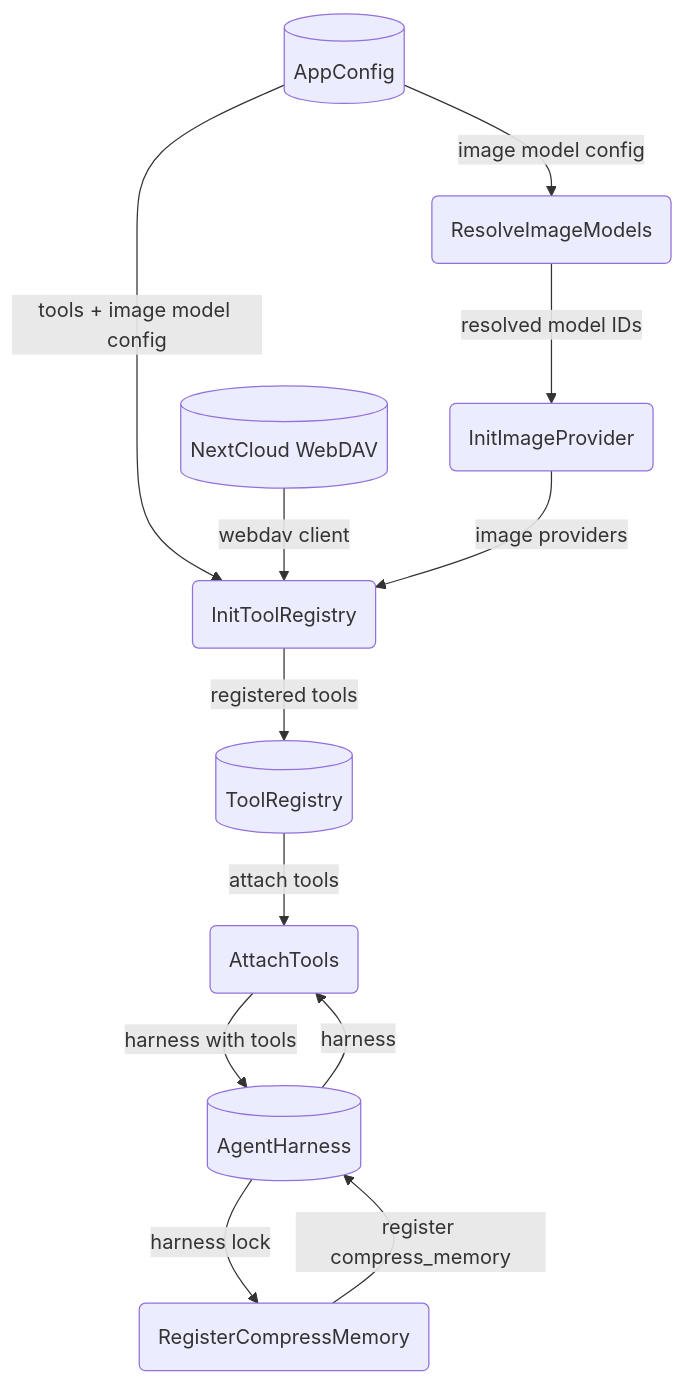
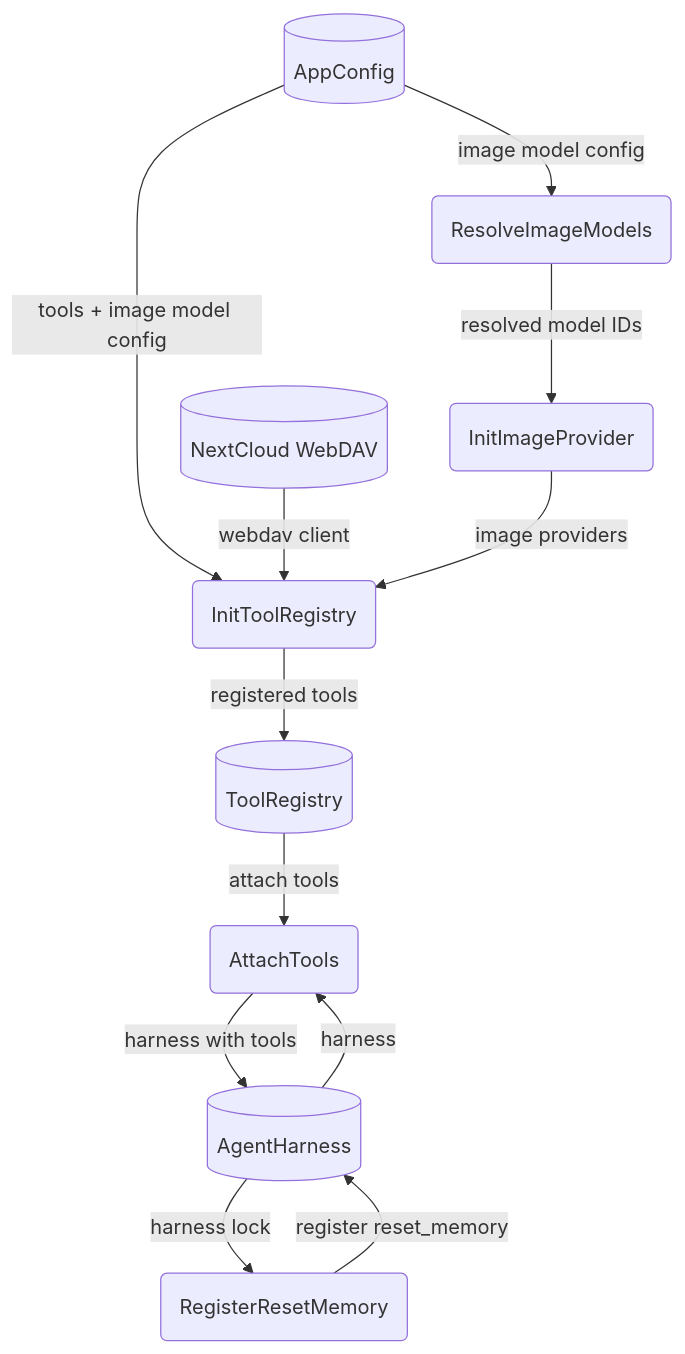
Before and after one commit to cosmoswafer/rockbot: the second of 3 diagrams in _dfd/agent/boot-sequence.md, drawn with Mermaid. The commit also changed other lines of this file and 19 other files, not shown here.

First line of the commit message:
refactor(memory): replace LLM compression with hard reset (closes #56)

````diff
--- a/_dfd/agent/boot-sequence.md
+++ b/_dfd/agent/boot-sequence.md
@@ -49,24 +49,24 @@
 ```mermaid
 flowchart TD
     CFG_STORE[(AppConfig)]
     DAV[(NextCloud WebDAV)]
     HARNESS[(AgentHarness)]
     REG_TOOLS(InitToolRegistry)
     RESOLVE_IMG(ResolveImageModels)
     IMG_PROV(InitImageProvider)
     TOOLS[(ToolRegistry)]
     ATTACH(AttachTools)
-    COMPRESS(RegisterCompressMemory)
+    RESET_REG(RegisterResetMemory)
 
     CFG_STORE -->|"tools + image model config"| REG_TOOLS
     DAV -->|"webdav client"| REG_TOOLS
     CFG_STORE -->|"image model config"| RESOLVE_IMG
     RESOLVE_IMG -->|"resolved model IDs"| IMG_PROV
     IMG_PROV -->|"image providers"| REG_TOOLS
     REG_TOOLS -->|"registered tools"| TOOLS
     TOOLS -->|"attach tools"| ATTACH
     HARNESS -->|"harness"| ATTACH
     ATTACH -->|"harness with tools"| HARNESS
-    HARNESS -->|"harness lock"| COMPRESS
-    COMPRESS -->|"register compress_memory"| HARNESS
+    HARNESS -->|"harness lock"| RESET_REG
+    RESET_REG -->|"register reset_memory"| HARNESS
 ```
````
